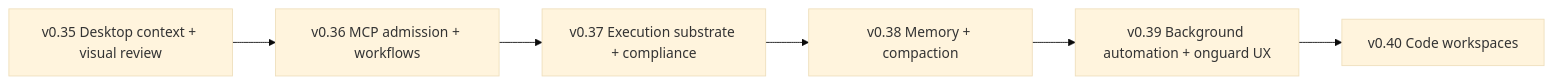
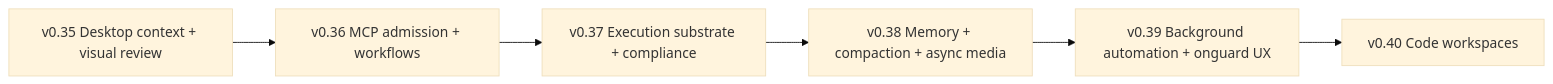
Before and after one commit to marctjones/capabledeputy: the diagram in ROADMAP.md, drawn with Mermaid (base theme). The commit also changed other lines of this file, not shown here.

Commit message:
docs: fold async media into v0.38 roadmap

````diff
--- a/ROADMAP.md
+++ b/ROADMAP.md
@@ -19,10 +21,10 @@
 ```mermaid
 flowchart LR
   v35[v0.35 Desktop context + visual review]
   v36[v0.36 MCP admission + workflows]
   v37[v0.37 Execution substrate + compliance]
-  v38[v0.38 Memory + compaction]
+  v38[v0.38 Memory + compaction + async media]
   v39[v0.39 Background automation + onguard UX]
   v40[v0.40 Code workspaces]
   v35 --> v36 --> v37 --> v38 --> v39 --> v40
 ```
````
